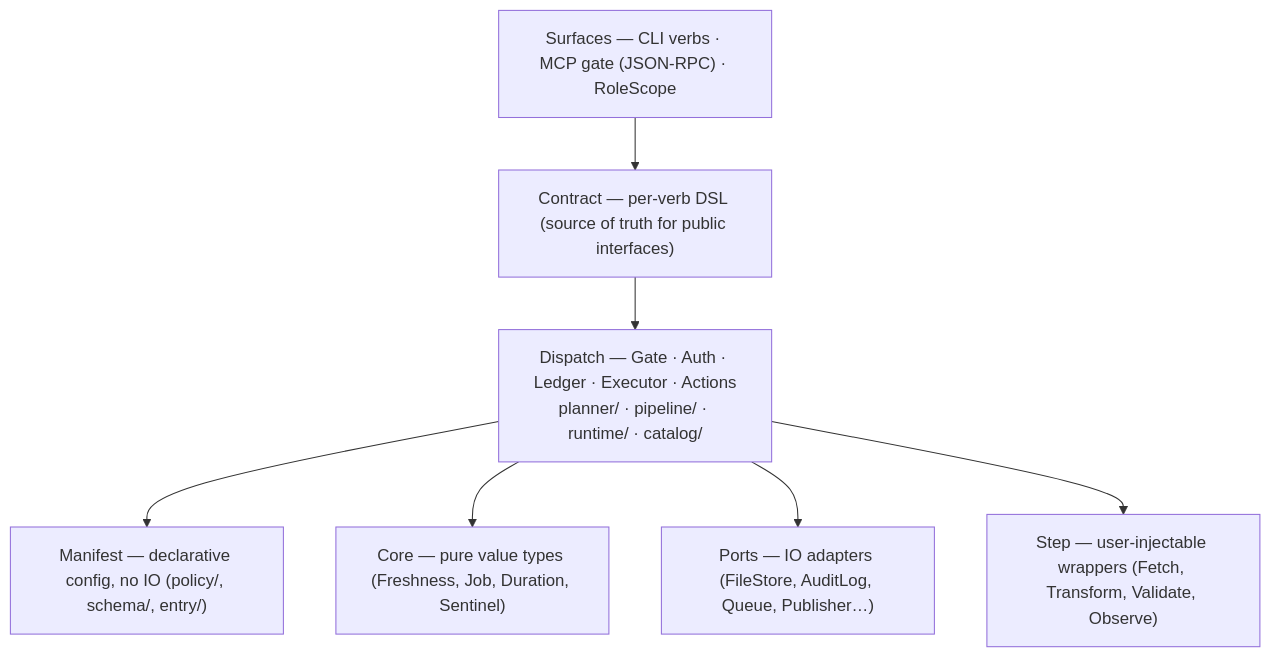
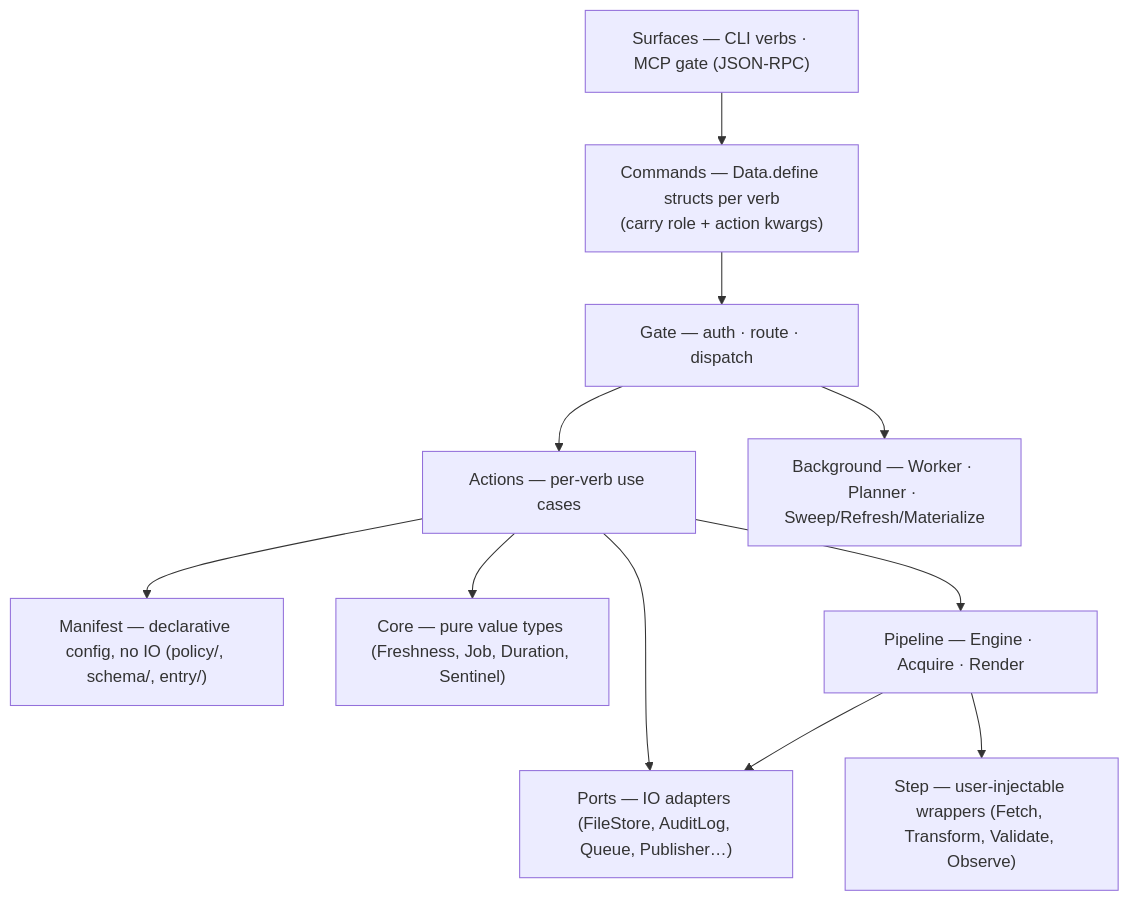
One commit to patrick204nqh/textus changed the diagram in docs/architecture/README.md. Above: the diagram before and after it, drawn with Mermaid. The commit also changed other lines of this file and 1 other file, not shown here.

Commit message:
docs: refresh architecture README for Surface → Command → Gate → Action; update how-to/contributor refs

````diff
--- a/docs/architecture/README.md
+++ b/docs/architecture/README.md
@@ -6,16 +6,24 @@
 ```mermaid
 flowchart TD
-    surfaces["Surfaces — CLI verbs · MCP gate (JSON-RPC) · RoleScope"]
-    contract["Contract — per-verb DSL (source of truth for public interfaces)"]
-    dispatch["Dispatch — Gate · Auth · Ledger · Executor · Actions<br/>planner/ · pipeline/ · runtime/ · catalog/"]
+    surfaces["Surfaces — CLI verbs · MCP gate (JSON-RPC)"]
+    commands["Commands — Data.define structs per verb<br/>(carry role + action kwargs)"]
+    gate["Gate — auth · route · dispatch"]
+    actions["Actions — per-verb use cases"]
     manifest["Manifest — declarative config, no IO (policy/, schema/, entry/)"]
     core["Core — pure value types (Freshness, Job, Duration, Sentinel)"]
     ports["Ports — IO adapters (FileStore, AuditLog, Queue, Publisher…)"]
     step["Step — user-injectable wrappers (Fetch, Transform, Validate, Observe)"]
-    surfaces --> contract
-    contract --> dispatch
-    dispatch --> manifest
-    dispatch --> core
-    dispatch --> ports
-    dispatch --> step
+    background["Background — Worker · Planner · Sweep/Refresh/Materialize"]
+    pipeline["Pipeline — Engine · Acquire · Render"]
+
+    surfaces --> commands
+    commands --> gate
+    gate --> actions
+    actions --> manifest
+    actions --> core
+    actions --> ports
+    gate --> background
+    actions --> pipeline
+    pipeline --> ports
+    pipeline --> step
 ```
````
